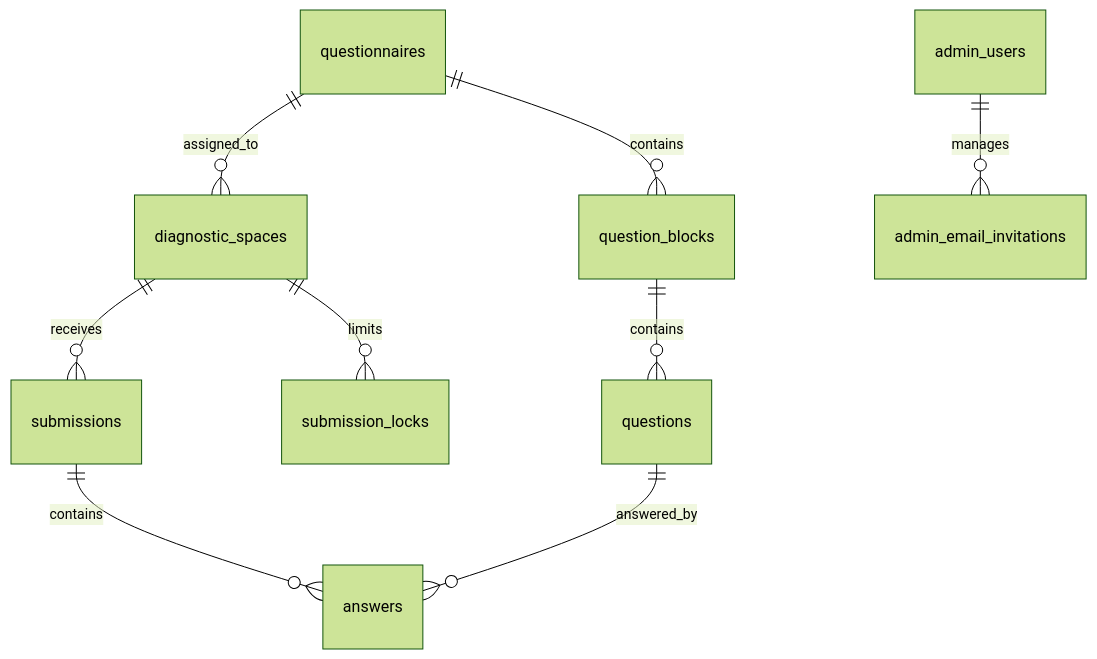
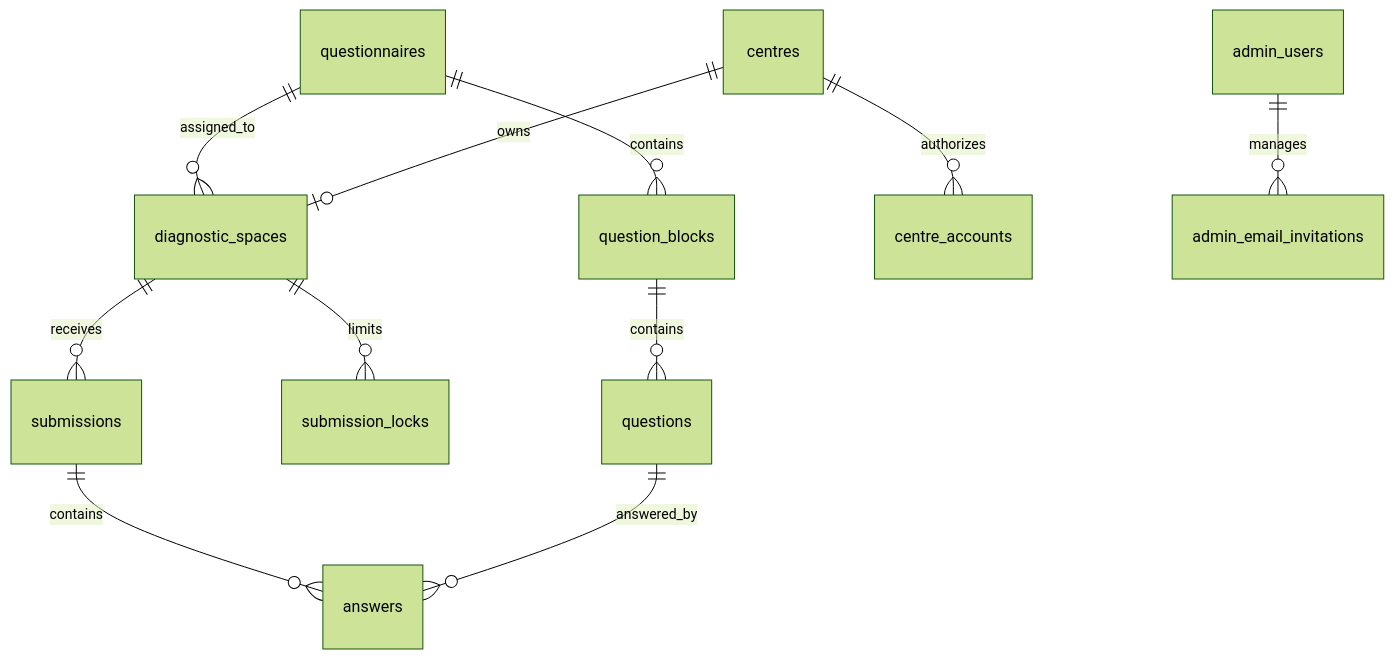
The diagram in docs/DATABASE_SCHEMA.md (rbarrachina/diagnosi-ia), drawn with Mermaid (forest theme) before and after one commit. The commit also changed other lines of this file and 67 other files, not shown here.

````diff
--- a/docs/DATABASE_SCHEMA.md
+++ b/docs/DATABASE_SCHEMA.md
@@ -21,11 +22,13 @@
 ```mermaid
 erDiagram
   questionnaires ||--o{ question_blocks : contains
   question_blocks ||--o{ questions : contains
   questionnaires ||--o{ diagnostic_spaces : assigned_to
+  centres ||--o{ centre_accounts : authorizes
+  centres ||--o| diagnostic_spaces : owns
   diagnostic_spaces ||--o{ submission_locks : limits
   diagnostic_spaces ||--o{ submissions : receives
   submissions ||--o{ answers : contains
   questions ||--o{ answers : answered_by
   admin_users ||--o{ admin_email_invitations : manages
 ```
````
